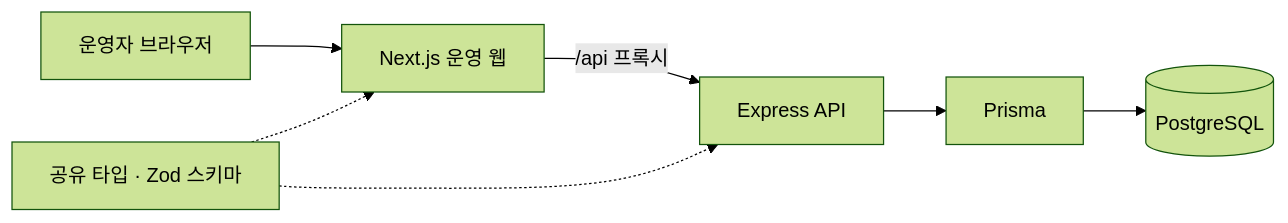
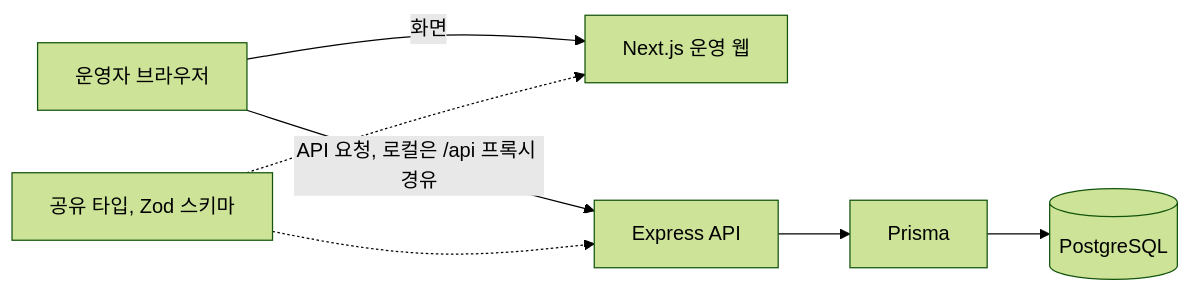
One commit to pair-study/fragment changed the diagram in README.md. Above: the diagram before and after it, drawn with Mermaid (forest theme). The commit also changed other lines of this file, not shown here.

````diff
--- a/README.md
+++ b/README.md
@@ -98,9 +98,9 @@
 ```mermaid
 flowchart LR
-    Browser[운영자 브라우저] --> Web[Next.js 운영 웹]
-    Web -->|/api 프록시| API[Express API]
+    Browser[운영자 브라우저] -->|화면| Web[Next.js 운영 웹]
+    Browser -->|API 요청, 로컬은 /api 프록시 경유| API[Express API]
     API --> Prisma[Prisma]
     Prisma --> DB[(PostgreSQL)]
-    Shared[공유 타입 · Zod 스키마] -.-> Web
+    Shared[공유 타입, Zod 스키마] -.-> Web
     Shared -.-> API
 ```
````
